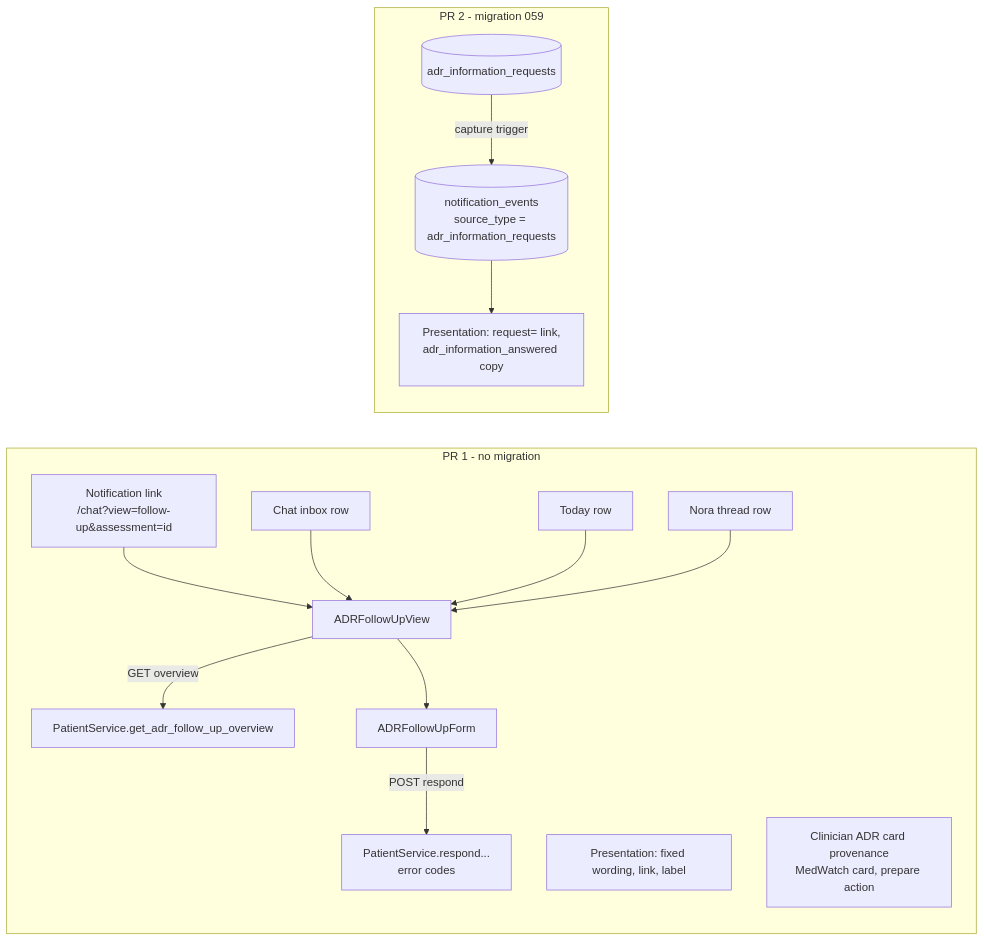
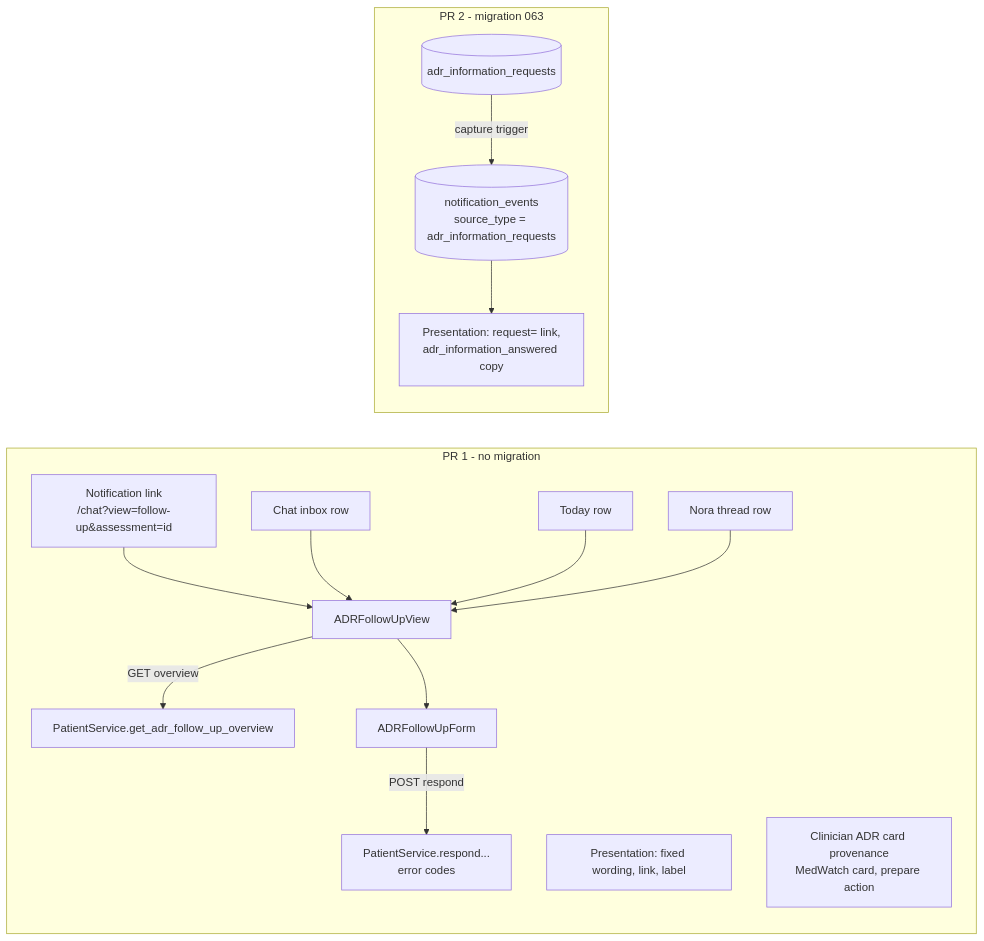
The diagram in .agent/specs/pv-001-c-adr-loop-gap-fixes/design.md (sjsu-masters-projects/medi-agent), drawn with Mermaid before and after one commit. The commit also changed other lines of this file and 10 other files, not shown here.

````diff
--- a/.agent/specs/pv-001-c-adr-loop-gap-fixes/design.md
+++ b/.agent/specs/pv-001-c-adr-loop-gap-fixes/design.md
@@ -38,17 +38,17 @@
 ```mermaid
 flowchart LR
   subgraph PR1["PR 1 - no migration"]
     N[Notification link<br/>/chat?view=follow-up&assessment=id] --> V[ADRFollowUpView]
     I[Chat inbox row] --> V
     T[Today row] --> V
     A[Nora thread row] --> V
     V -->|GET overview| O[PatientService.get_adr_follow_up_overview]
     V --> F[ADRFollowUpForm] -->|POST respond| R[PatientService.respond...<br/>error codes]
     P[Presentation: fixed wording, link, label]
     C[Clinician ADR card provenance<br/>MedWatch card, prepare action]
   end
-  subgraph PR2["PR 2 - migration 059"]
+  subgraph PR2["PR 2 - migration 063"]
     Q[(adr_information_requests)] -->|capture trigger| E[(notification_events<br/>source_type = adr_information_requests)]
     E --> P2[Presentation: request= link,<br/>adr_information_answered copy]
   end
 ```
````
